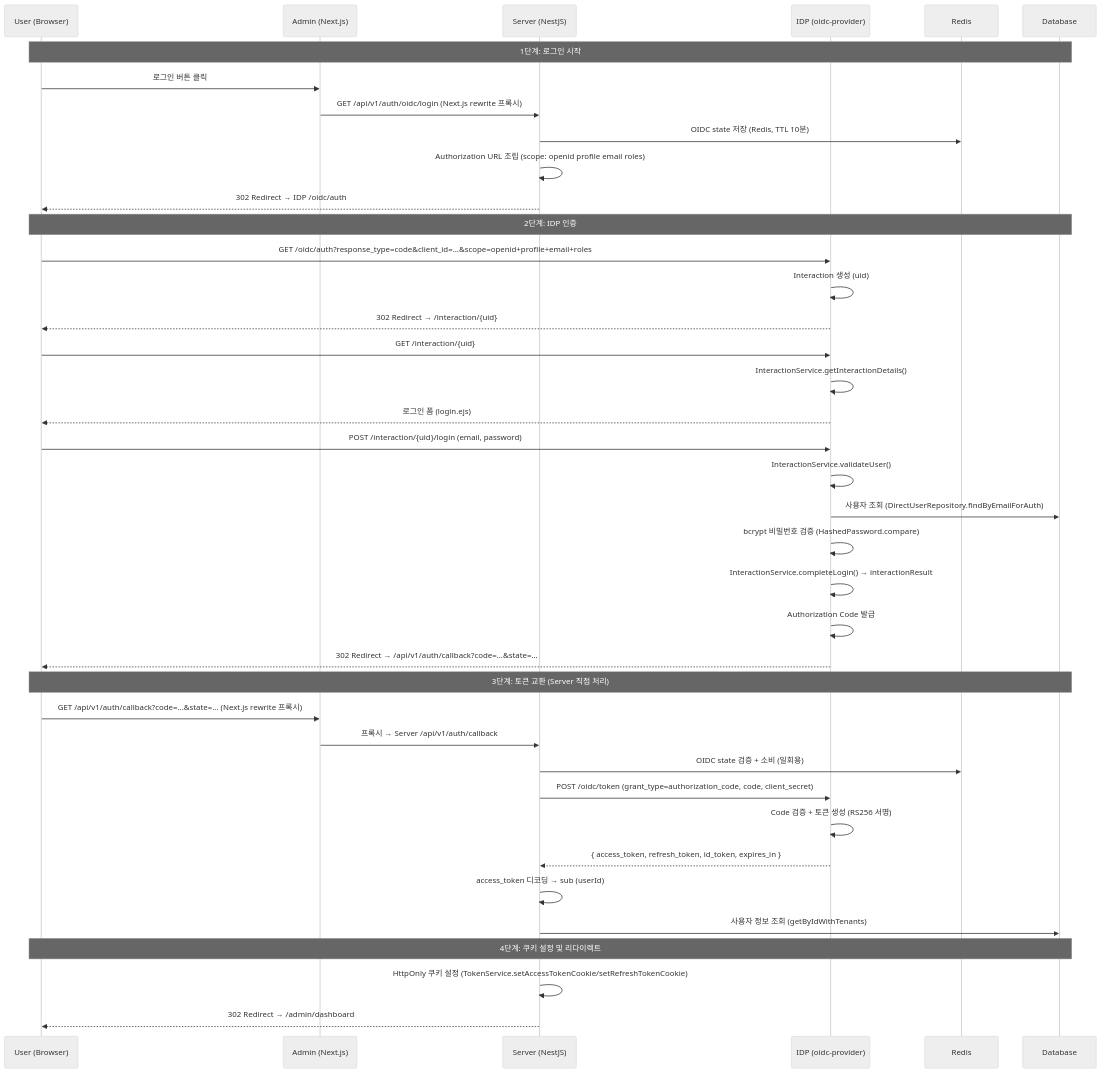
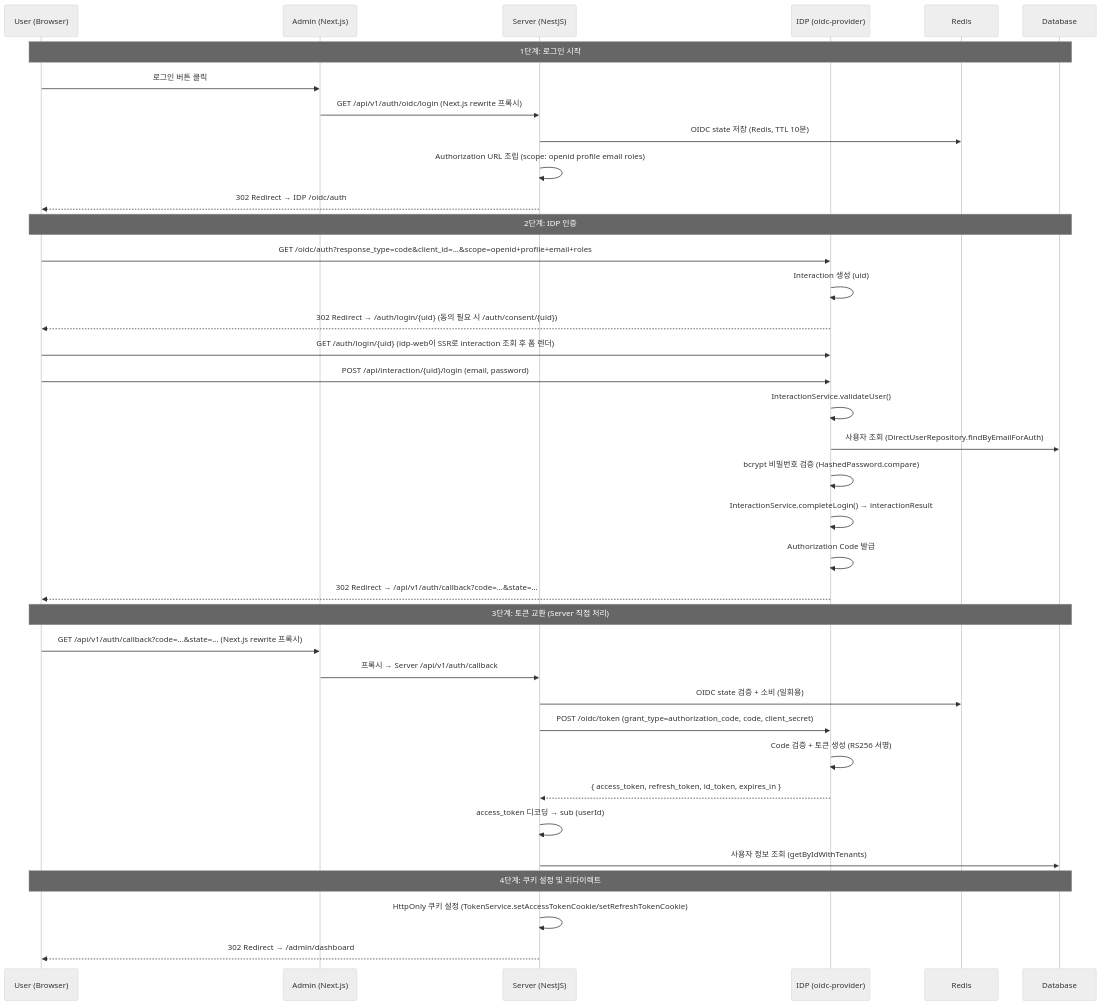
One commit to kimjoongwon/prj-core changed the first of 5 diagrams in packages/be-common/_spec/auth-security/oidc-auth-flow.md. Above: the diagram before and after it, drawn with Mermaid (neutral theme). The commit also changed other lines of this file and 4 other files, not shown here.

````diff
--- a/packages/be-common/_spec/auth-security/oidc-auth-flow.md
+++ b/packages/be-common/_spec/auth-security/oidc-auth-flow.md
@@ -26,45 +26,43 @@
 ```mermaid
 sequenceDiagram
     participant U as User (Browser)
     participant A as Admin (Next.js)
     participant S as Server (NestJS)
     participant I as IDP (oidc-provider)
     participant R as Redis
     participant DB as Database
 
     Note over U,DB: 1단계: 로그인 시작
     U->>A: 로그인 버튼 클릭
     A->>S: GET /api/v1/auth/oidc/login (Next.js rewrite 프록시)
     S->>R: OIDC state 저장 (Redis, TTL 10분)
     S->>S: Authorization URL 조립 (scope: openid profile email roles)
     S-->>U: 302 Redirect → IDP /oidc/auth
 
     Note over U,DB: 2단계: IDP 인증
     U->>I: GET /oidc/auth?response_type=code&client_id=...&scope=openid+profile+email+roles
     I->>I: Interaction 생성 (uid)
-    I-->>U: 302 Redirect → /interaction/{uid}
-    U->>I: GET /interaction/{uid}
-    I->>I: InteractionService.getInteractionDetails()
-    I-->>U: 로그인 폼 (login.ejs)
-    U->>I: POST /interaction/{uid}/login (email, password)
+    I-->>U: 302 Redirect → /auth/login/{uid} (동의 필요 시 /auth/consent/{uid})
+    U->>I: GET /auth/login/{uid} (idp-web이 SSR로 interaction 조회 후 폼 렌더)
+    U->>I: POST /api/interaction/{uid}/login (email, password)
     I->>I: InteractionService.validateUser()
     I->>DB: 사용자 조회 (DirectUserRepository.findByEmailForAuth)
     I->>I: bcrypt 비밀번호 검증 (HashedPassword.compare)
     I->>I: InteractionService.completeLogin() → interactionResult
     I->>I: Authorization Code 발급
     I-->>U: 302 Redirect → /api/v1/auth/callback?code=...&state=...
 
     Note over U,DB: 3단계: 토큰 교환 (Server 직접 처리)
     U->>A: GET /api/v1/auth/callback?code=...&state=... (Next.js rewrite 프록시)
     A->>S: 프록시 → Server /api/v1/auth/callback
     S->>R: OIDC state 검증 + 소비 (일회용)
     S->>I: POST /oidc/token (grant_type=authorization_code, code, client_secret)
     I->>I: Code 검증 + 토큰 생성 (RS256 서명)
     I-->>S: { access_token, refresh_token, id_token, expires_in }
     S->>S: access_token 디코딩 → sub (userId)
     S->>DB: 사용자 정보 조회 (getByIdWithTenants)
 
     Note over U,DB: 4단계: 쿠키 설정 및 리다이렉트
     S->>S: HttpOnly 쿠키 설정 (TokenService.setAccessTokenCookie/setRefreshTokenCookie)
     S-->>U: 302 Redirect → /admin/dashboard
 ```
````
